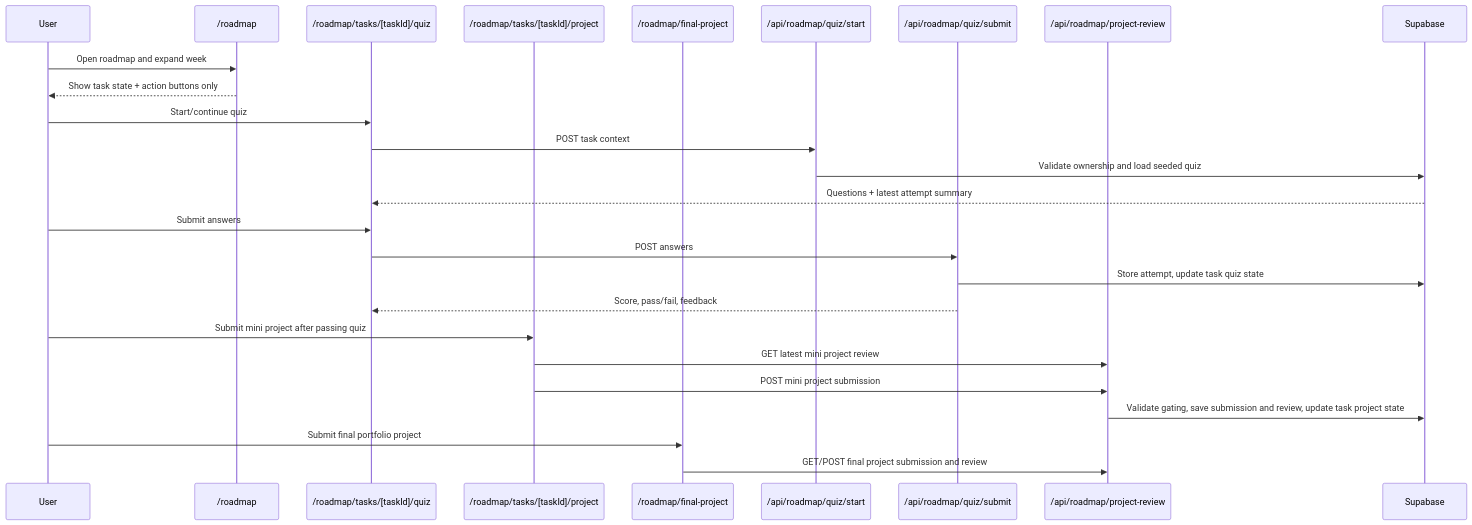
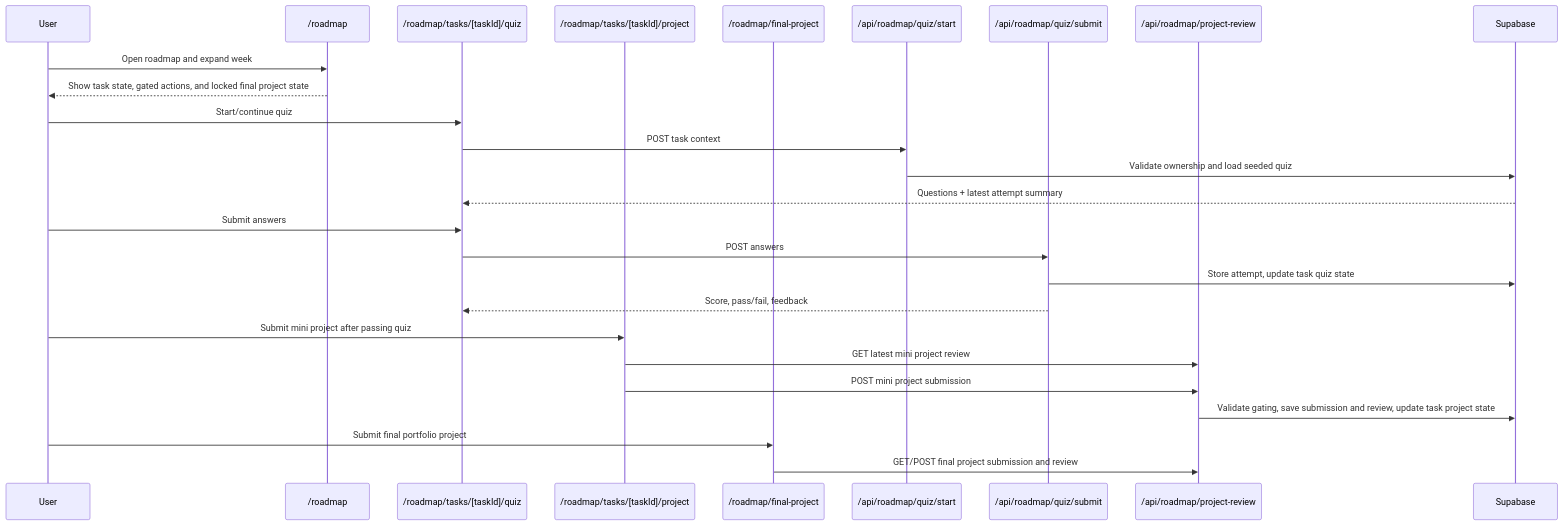
One commit to Sutannn13/Skill-Path-AI changed the seventh of 8 diagrams in docs/flow-overview.md. Above: the diagram before and after it, drawn with Mermaid. The commit also changed other lines of this file and 15 other files, not shown here.

````diff
--- a/docs/flow-overview.md
+++ b/docs/flow-overview.md
@@ -104,29 +106,29 @@
 ```mermaid
 sequenceDiagram
   participant User
   participant Map as /roadmap
   participant QuizPage as /roadmap/tasks/[taskId]/quiz
   participant ProjectPage as /roadmap/tasks/[taskId]/project
   participant FinalPage as /roadmap/final-project
   participant QuizStart as /api/roadmap/quiz/start
   participant QuizSubmit as /api/roadmap/quiz/submit
   participant ProjectAPI as /api/roadmap/project-review
   participant DB as Supabase
 
   User->>Map: Open roadmap and expand week
-  Map-->>User: Show task state + action buttons only
+  Map-->>User: Show task state, gated actions, and locked final project state
   User->>QuizPage: Start/continue quiz
   QuizPage->>QuizStart: POST task context
   QuizStart->>DB: Validate ownership and load seeded quiz
   DB-->>QuizPage: Questions + latest attempt summary
   User->>QuizPage: Submit answers
   QuizPage->>QuizSubmit: POST answers
   QuizSubmit->>DB: Store attempt, update task quiz state
   QuizSubmit-->>QuizPage: Score, pass/fail, feedback
   User->>ProjectPage: Submit mini project after passing quiz
   ProjectPage->>ProjectAPI: GET latest mini project review
   ProjectPage->>ProjectAPI: POST mini project submission
   ProjectAPI->>DB: Validate gating, save submission and review, update task project state
   User->>FinalPage: Submit final portfolio project
   FinalPage->>ProjectAPI: GET/POST final project submission and review
 ```
````
